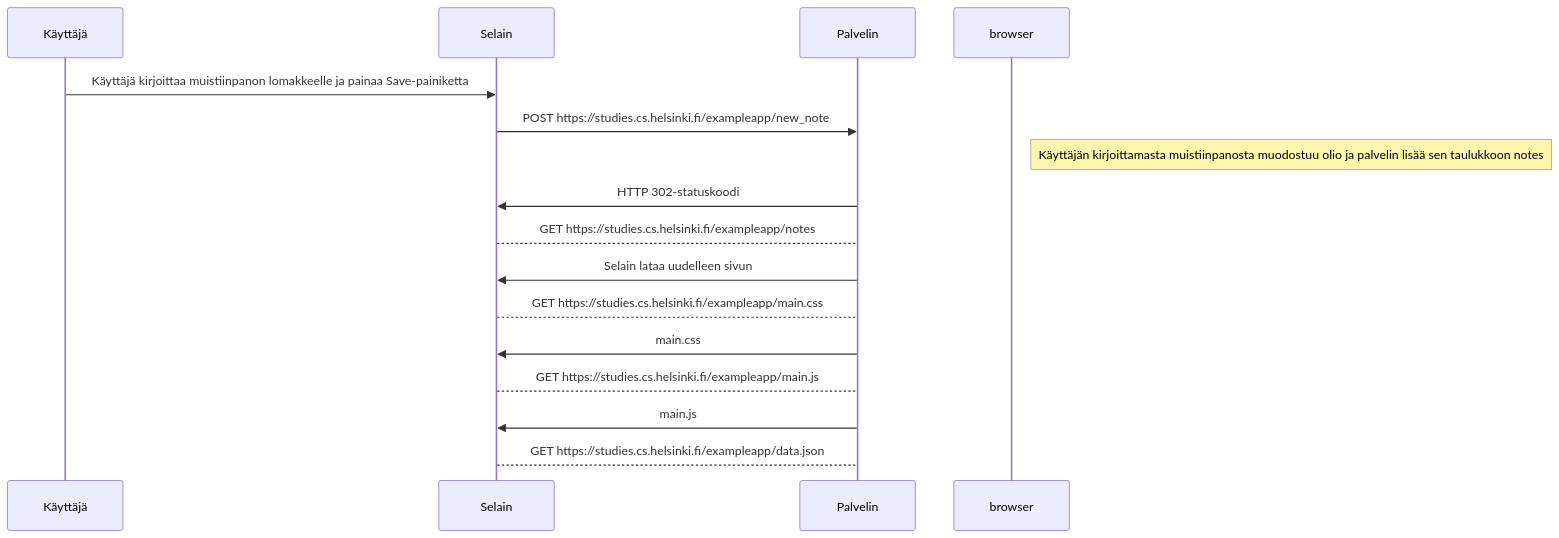
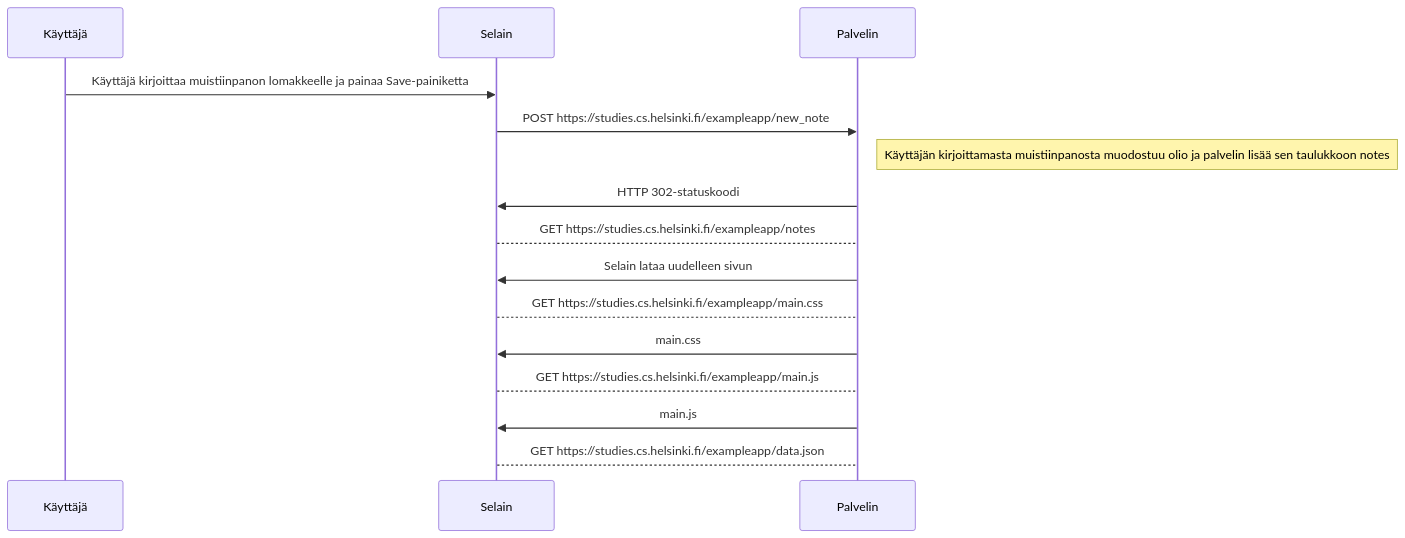
The diagram in osa0/README.md (juusorutanen/Full-Stack-Open-Course), drawn with Mermaid before and after one commit.

````diff
--- a/osa0/README.md
+++ b/osa0/README.md
@@ -6,24 +6,24 @@
 ```mermaid
 
 sequenceDiagram
     participant Käyttäjä
     participant Selain
     participant Palvelin
     Käyttäjä->>Selain: Käyttäjä kirjoittaa muistiinpanon lomakkeelle ja painaa Save-painiketta
     
     Selain->>Palvelin: POST https://studies.cs.helsinki.fi/exampleapp/new_note
-    Note right of browser: Käyttäjän kirjoittamasta muistiinpanosta muodostuu olio ja palvelin lisää sen taulukkoon notes
+    Note right of Palvelin: Käyttäjän kirjoittamasta muistiinpanosta muodostuu olio ja palvelin lisää sen taulukkoon notes
     Palvelin->>Selain: HTTP 302-statuskoodi
     Selain-->Palvelin: GET https://studies.cs.helsinki.fi/exampleapp/notes
     Palvelin->>Selain: Selain lataa uudelleen sivun
     Selain-->Palvelin: GET https://studies.cs.helsinki.fi/exampleapp/main.css
     Palvelin->>Selain: main.css
     Selain-->Palvelin: GET https://studies.cs.helsinki.fi/exampleapp/main.js
     Palvelin->>Selain: main.js
     Selain-->Palvelin: GET https://studies.cs.helsinki.fi/exampleapp/data.json
     
 
 
    
     
 ```
````
